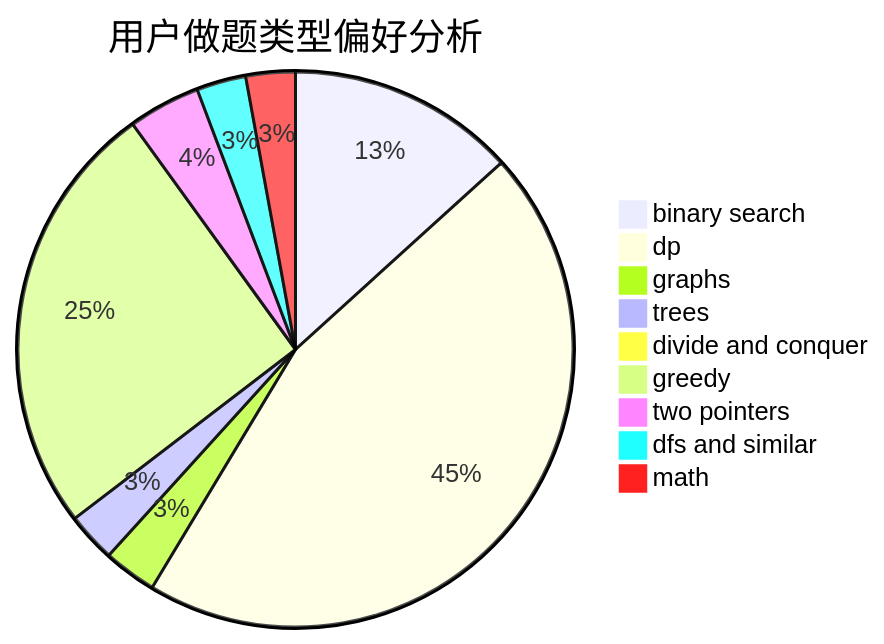
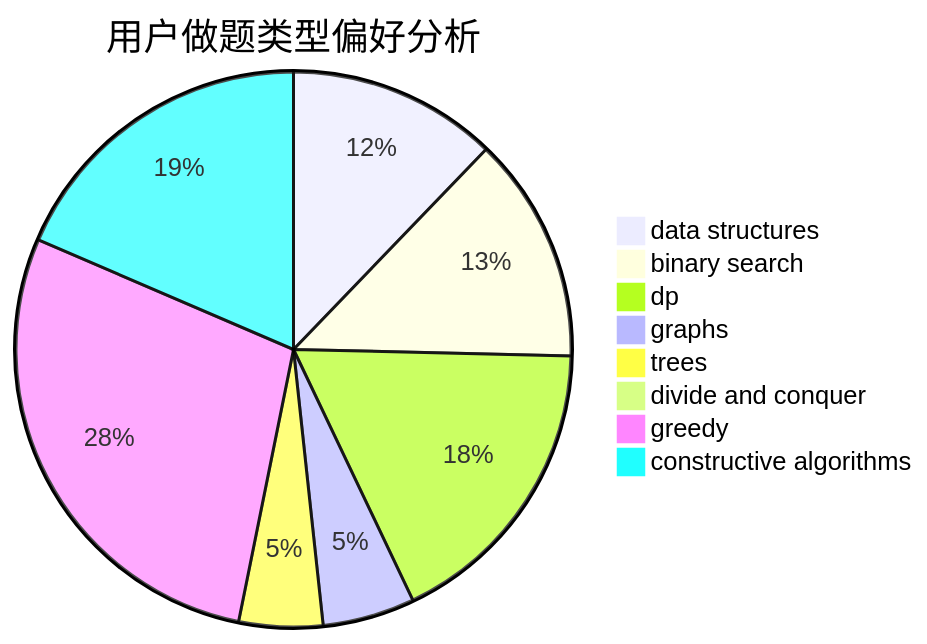
One commit to sherpahu/cfrs.github.io changed the second of 3 diagrams in docs/user/u1187.md. Above: the diagram before and after it, drawn with Mermaid. The commit also changed other lines of this file and 2775 other files, not shown here.

````diff
--- a/docs/user/u1187.md
+++ b/docs/user/u1187.md
@@ -23,12 +23,11 @@
 ```mermaid
 pie title 用户做题类型偏好分析
-    "binary search" :  60
-    "dp" :  205
-    "graphs" :  14
-    "trees" :  13
-    "divide and conquer" :  1
-    "greedy" :  115
-    "two pointers" :  19
-    "dfs and similar" :  13
-    "math" :  13
+    "data structures" :  25
+    "binary search" :  27
+    "dp" :  36
+    "graphs" :  11
+    "trees" :  10
+    "divide and conquer" :  0
+    "greedy" :  58
+    "constructive algorithms" :  38
 ```
````
